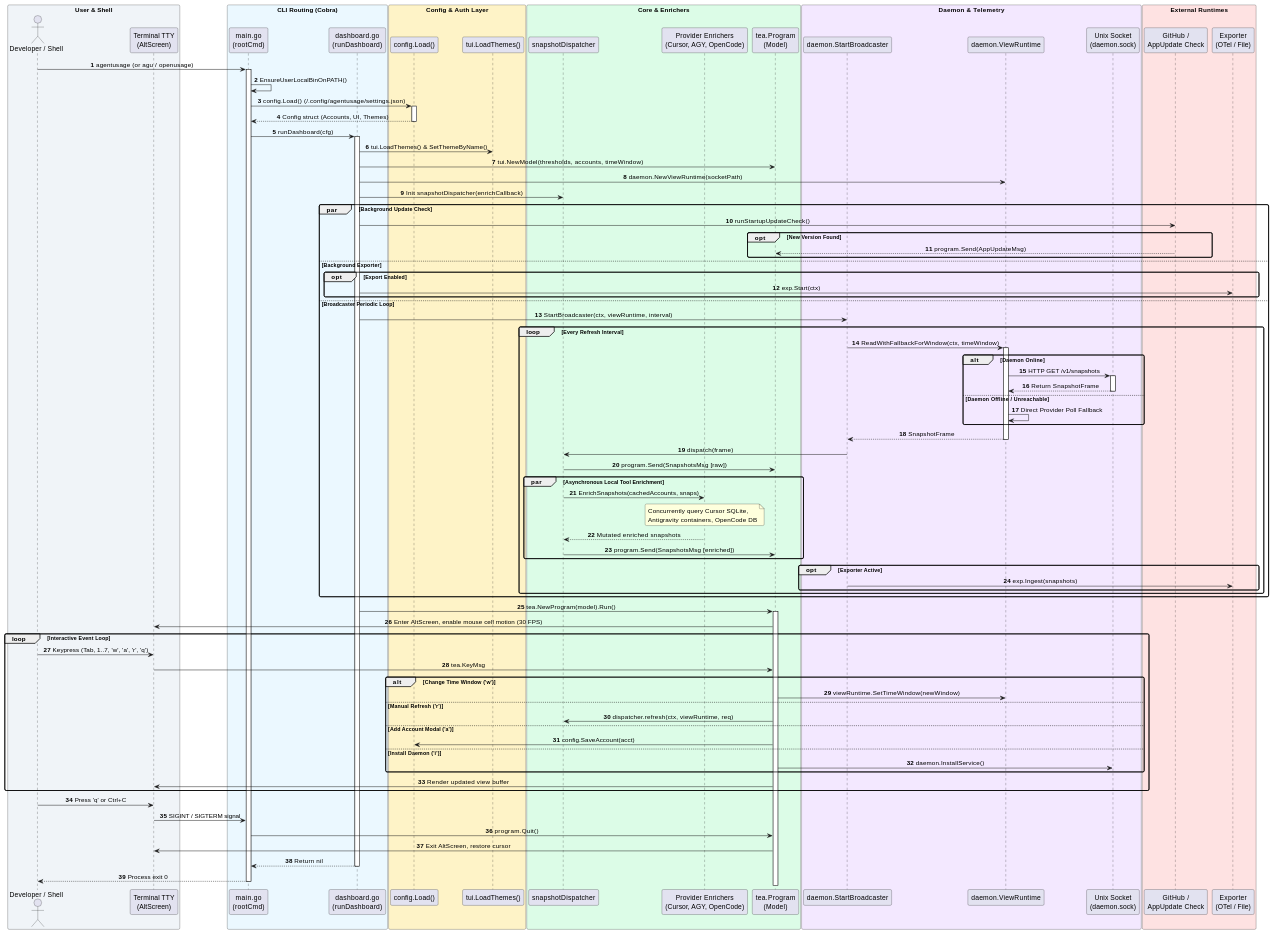
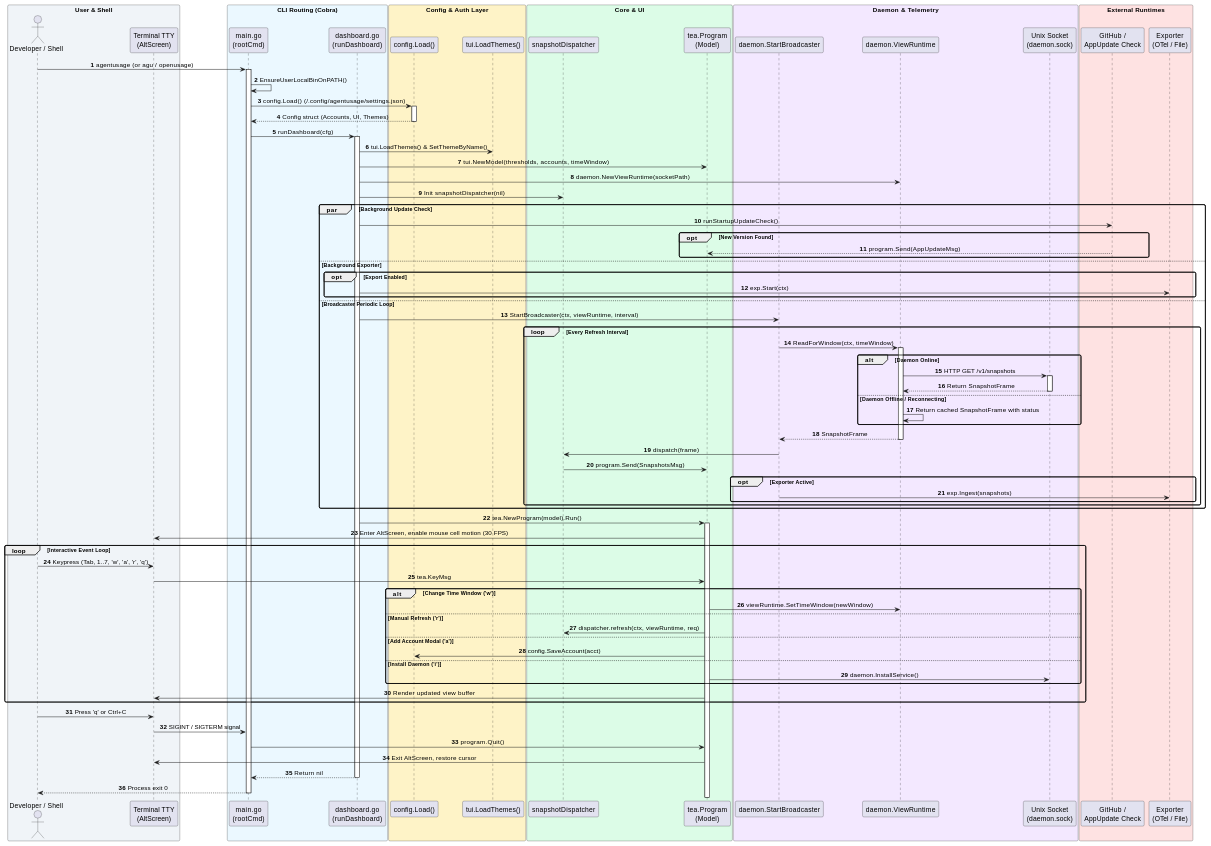
One commit to nurulislamz/agentusage changed the first of 14 diagrams in docs/COMMAND_FLOW_DIAGRAMS.md. Above: the diagram before and after it, drawn with PlantUML. The commit also changed other lines of this file and 13 other files, not shown here.

```diff
--- a/docs/COMMAND_FLOW_DIAGRAMS.md
+++ b/docs/COMMAND_FLOW_DIAGRAMS.md
@@ -80,9 +80,8 @@
     participant Theme as "tui.LoadThemes()"
 end box
 
-box "Core & Enrichers" #DCFCE7
+box "Core & UI" #DCFCE7
     participant Disp as "snapshotDispatcher"
-    participant Enrich as "Provider Enrichers\n(Cursor, AGY, OpenCode)"
     participant Tea as "tea.Program\n(Model)"
 end box
 
@@ -105,7 +104,7 @@
 Dash -> Theme : tui.LoadThemes() & SetThemeByName()
 Dash -> Tea : tui.NewModel(thresholds, accounts, timeWindow)
 Dash -> ViewRT : daemon.NewViewRuntime(socketPath)
-Dash -> Disp : Init snapshotDispatcher(enrichCallback)
+Dash -> Disp : Init snapshotDispatcher(nil)
 
 par Background Update Check
     Dash -> Update : runStartupUpdateCheck()
@@ -119,23 +118,16 @@
 else Broadcaster Periodic Loop
     Dash -> Bcast : StartBroadcaster(ctx, viewRuntime, interval)
     loop Every Refresh Interval
-        Bcast -> ViewRT ++ : ReadWithFallbackForWindow(ctx, timeWindow)
+        Bcast -> ViewRT ++ : ReadForWindow(ctx, timeWindow)
         alt Daemon Online
             ViewRT -> Sock ++ : HTTP GET /v1/snapshots
             Sock --> ViewRT -- : Return SnapshotFrame
-        else Daemon Offline / Unreachable
-            ViewRT -> ViewRT : Direct Provider Poll Fallback
+        else Daemon Offline / Reconnecting
+            ViewRT -> ViewRT : Return cached SnapshotFrame with status
         end
         ViewRT --> Bcast -- : SnapshotFrame
         Bcast -> Disp : dispatch(frame)
-        Disp -> Tea : program.Send(SnapshotsMsg [raw])
-        
-        par Asynchronous Local Tool Enrichment
-            Disp -> Enrich : EnrichSnapshots(cachedAccounts, snaps)
-            note over Enrich : Concurrently query Cursor SQLite,\nAntigravity containers, OpenCode DB
-            Enrich --> Disp : Mutated enriched snapshots
-            Disp -> Tea : program.Send(SnapshotsMsg [enriched])
-        end
+        Disp -> Tea : program.Send(SnapshotsMsg)
 
         opt Exporter Active
             Bcast -> Exporter : exp.Ingest(snapshots)
```
